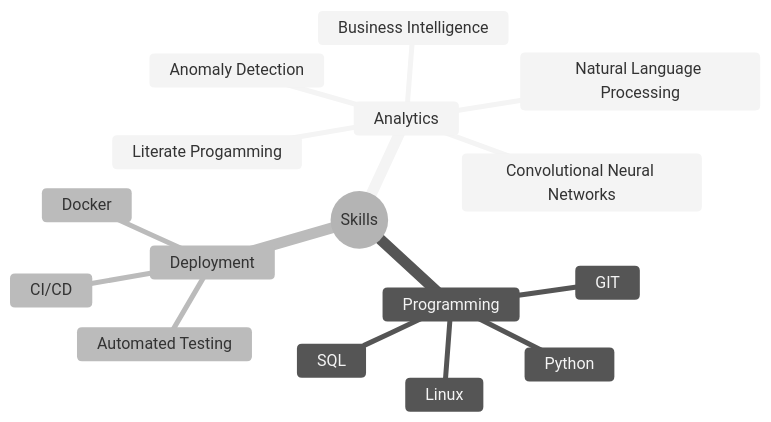
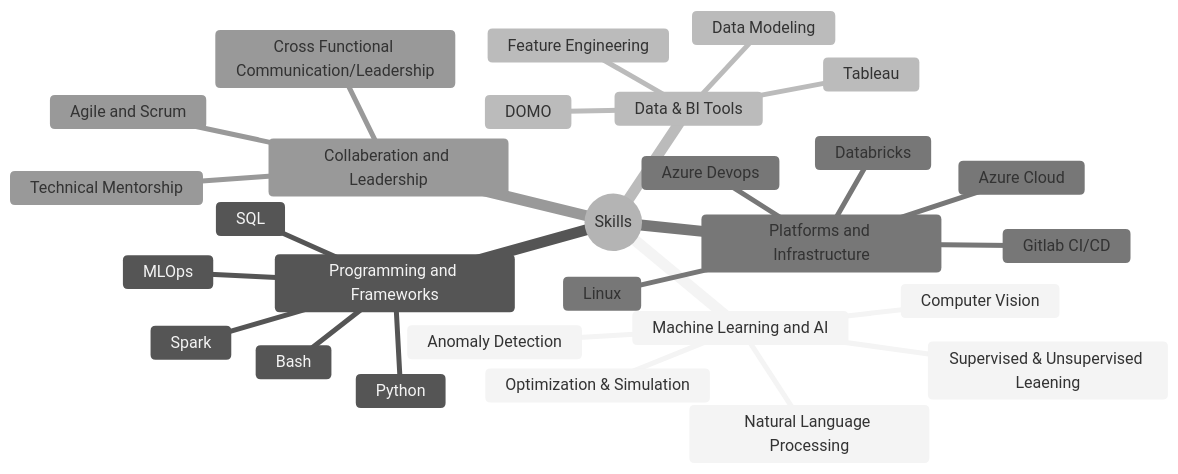
One commit to joshuacharleshyatt/personal changed the second of 2 diagrams in qualifications.qmd. Above: the diagram before and after it, drawn with Mermaid. The commit also changed other lines of this file and 16 other files, not shown here.

````diff
--- a/qualifications.qmd
+++ b/qualifications.qmd
@@ -89,20 +88,32 @@
 ```{mermaid}
 %%{init: {'theme':'neutral'}}%%
 mindmap
   root((Skills))
-    Analytics
+    Machine Learning and AI
+      Supervised & Unsupervised Leaening
+      Anomaly Detection
       Natural Language Processing
-      Anomaly Detection
-      Convolutional Neural Networks
-      Business Intelligence
-      Literate Progamming
-    Programming
+      Computer Vision
+      Optimization & Simulation
+    Programming and Frameworks
       Python
-      GIT
+      Bash
       SQL
+      Spark
+      MLOps
+    Data & BI Tools
+      DOMO
+      Tableau
+      Data Modeling
+      Feature Engineering
+    Platforms and Infrastructure
+      Databricks
+      Gitlab CI/CD
+      Azure Cloud
+      Azure Devops
       Linux
-    Deployment
-      Docker
-      CI/CD
-      Automated Testing
+    Collaberation and Leadership
+      Agile and Scrum
+      Technical Mentorship
+      Cross Functional Communication/Leadership
 ```
````
